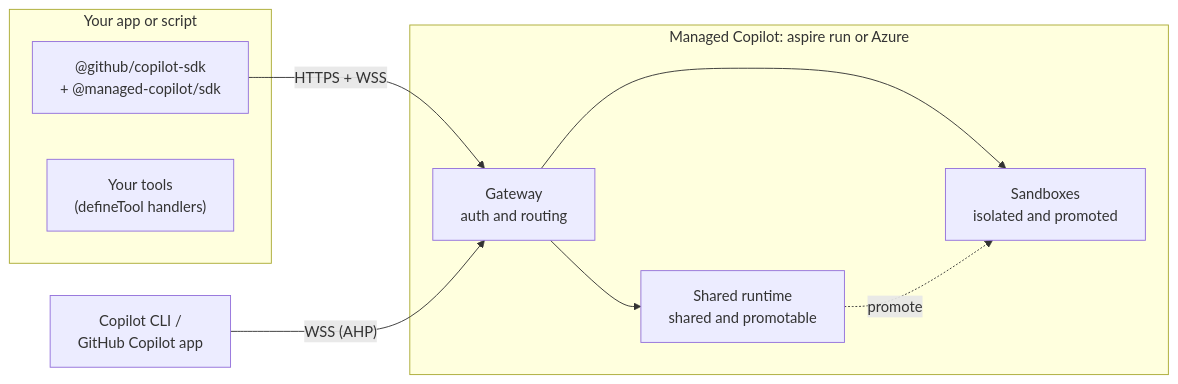
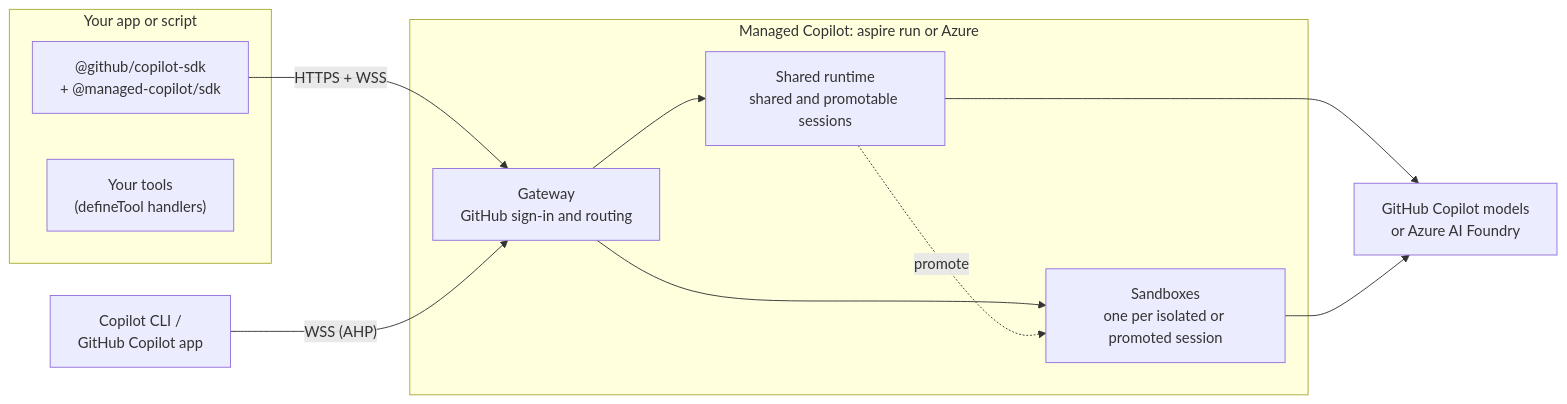
One commit to patniko/managed-copilot-sdk changed the diagram in docs/spec/developer-experience.md. Above: the diagram before and after it, drawn with Mermaid. The commit also changed other lines of this file, not shown here.

````diff
--- a/docs/spec/developer-experience.md
+++ b/docs/spec/developer-experience.md
@@ -267,18 +335,21 @@
 ```mermaid
 flowchart LR
   subgraph App["Your app or script"]
     SDK["@github/copilot-sdk<br/>+ @managed-copilot/sdk"]
     Tools["Your tools<br/>(defineTool handlers)"]
   end
   CLI["Copilot CLI /<br/>GitHub Copilot app"]
   subgraph Platform["Managed Copilot: aspire run or Azure"]
-    GW["Gateway<br/>auth and routing"]
-    Shared["Shared runtime<br/>shared and promotable"]
-    Sbx["Sandboxes<br/>isolated and promoted"]
+    GW["Gateway<br/>GitHub sign-in and routing"]
+    Shared["Shared runtime<br/>shared and promotable sessions"]
+    Sbx["Sandboxes<br/>one per isolated or promoted session"]
   end
+  Models["GitHub Copilot models<br/>or Azure AI Foundry"]
   SDK -- "HTTPS + WSS" --> GW
   CLI -- "WSS (AHP)" --> GW
   GW --> Shared
   GW --> Sbx
   Shared -. "promote" .-> Sbx
+  Shared --> Models
+  Sbx --> Models
 ```
````
